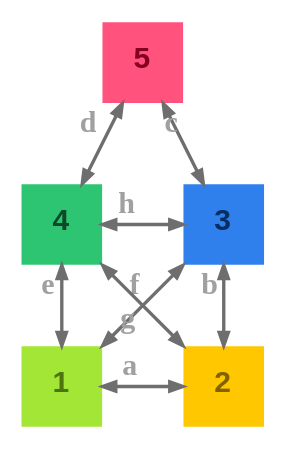
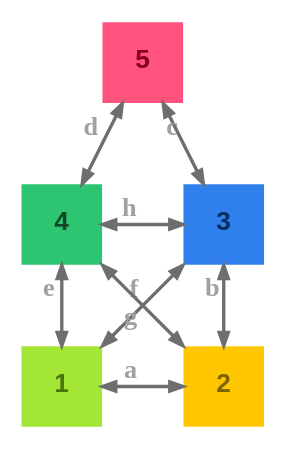
Before and after one commit to m-bock/purescript-transit: the diagram in renders/house-santa-claus_graph-dark.dot, drawn with Graphviz. The commit also changed 29 other files, not shown here.

```diff
--- a/renders/house-santa-claus_graph-dark.dot
+++ b/renders/house-santa-claus_graph-dark.dot
@@ -1,41 +1,41 @@
 digraph {
   // Global attributes
   graph [
     rankdir = TD
     labelloc = t
-    fontsize = 16.0
+    fontsize = 14.0
     bgcolor = "#00000000"
     color = "#c8c8c8"
     fontcolor = "#c8c8c8"
     layout = neato
   ]
   node [
     style = filled
-    fontsize = 16.0
+    fontsize = 14.0
     fontname = Arial
     penwidth = 0.0
     labelloc = c
   ]
   edge [
     arrowsize = 0.7
     penwidth = 1.8
-    fontsize = 16.0
+    fontsize = 14.0
   ]
   
   // Nodes
   1 [shape = box, label = <<b>1</b>>, pos = "0.0,0.0!", width = 0.6, height = 0.6, fixedsize = true, fontcolor = "#4d740e", fillcolor = "#a3e635", color = "#a3e635"]
   2 [shape = box, label = <<b>2</b>>, pos = "1.2,0.0!", width = 0.6, height = 0.6, fixedsize = true, fontcolor = "#806300", fillcolor = "#ffc700", color = "#ffc700"]
   3 [shape = box, label = <<b>3</b>>, pos = "1.2,1.2!", width = 0.6, height = 0.6, fixedsize = true, fontcolor = "#082e61", fillcolor = "#2f80ed", color = "#2f80ed"]
   5 [shape = box, label = <<b>5</b>>, pos = "0.6,2.4!", width = 0.6, height = 0.6, fixedsize = true, fontcolor = "#850020", fillcolor = "#ff527c", color = "#ff527c"]
   4 [shape = box, label = <<b>4</b>>, pos = "0.0,1.2!", width = 0.6, height = 0.6, fixedsize = true, fontcolor = "#104729", fillcolor = "#2dc472", color = "#2dc472"]
   
   // Edges
   2 -> 1 [label = <<b>a</b>>, dir = both, color = "#6e6e6e", fontcolor = "#a0a0a0"]
   3 -> 2 [label = <<b>b</b>>, dir = both, color = "#6e6e6e", fontcolor = "#a0a0a0"]
   3 -> 1 [label = <<b>f</b>>, dir = both, color = "#6e6e6e", fontcolor = "#a0a0a0"]
   5 -> 3 [label = <<b>c</b>>, dir = both, color = "#6e6e6e", fontcolor = "#a0a0a0"]
   5 -> 4 [label = <<b>d</b>>, dir = both, color = "#6e6e6e", fontcolor = "#a0a0a0"]
   4 -> 1 [label = <<b>e</b>>, dir = both, color = "#6e6e6e", fontcolor = "#a0a0a0"]
   4 -> 2 [label = <<b>g</b>>, dir = both, color = "#6e6e6e", fontcolor = "#a0a0a0"]
   4 -> 3 [label = <<b>h</b>>, dir = both, color = "#6e6e6e", fontcolor = "#a0a0a0"]
 }
```
